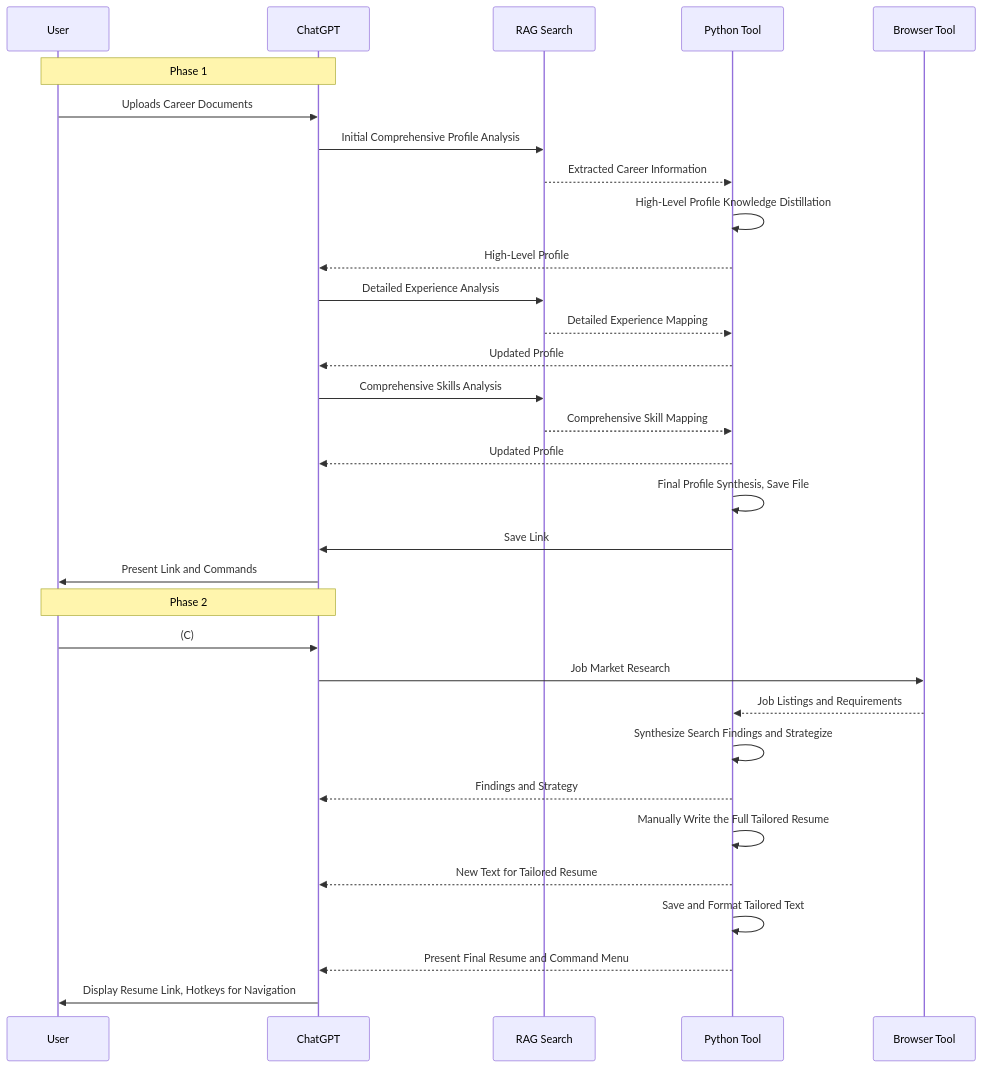
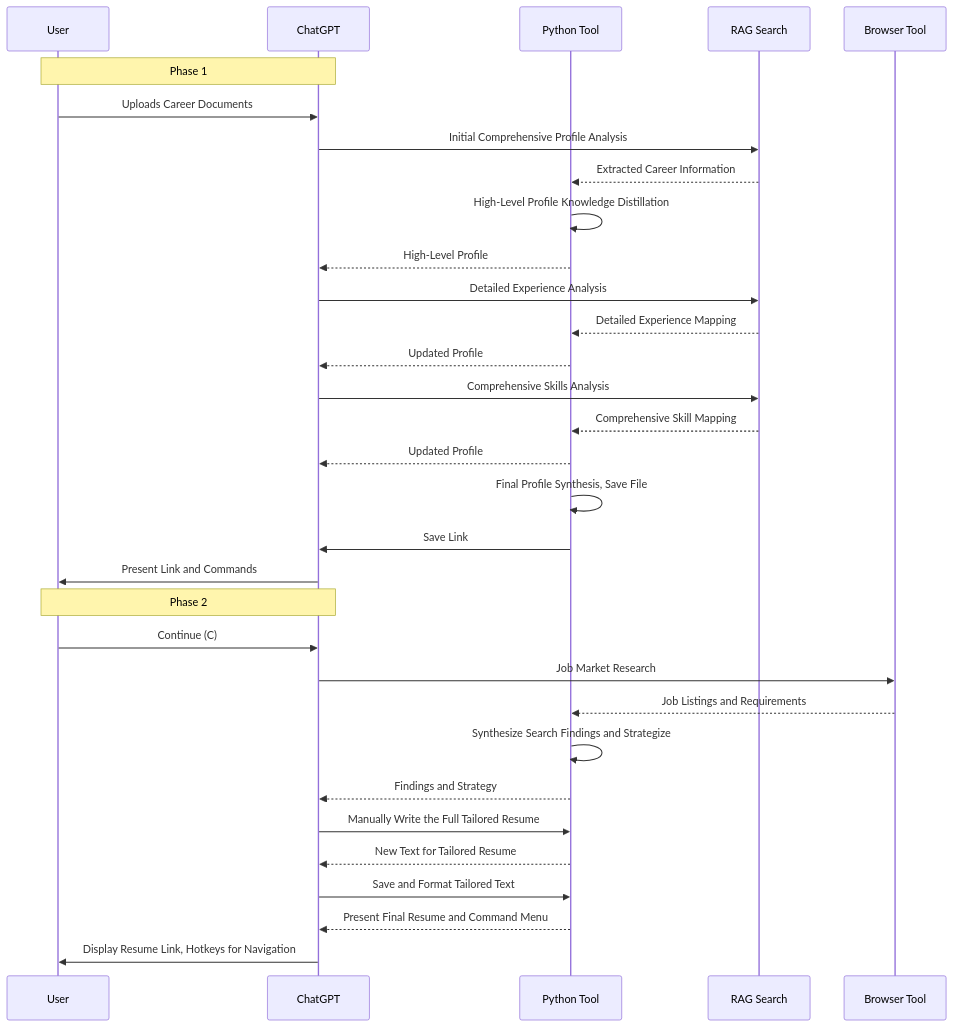
The third of 11 diagrams in README.md (nerority/Advanced-GPTs), drawn with Mermaid before and after one commit.

````diff
--- a/README.md
+++ b/README.md
@@ -187,36 +187,36 @@
 ```mermaid
 sequenceDiagram
     participant User
     participant ChatGPT
+    participant PythonTool as Python Tool
     participant RAG as RAG Search
-    participant PythonTool as Python Tool
     participant Browser as Browser Tool
 
     note over User, ChatGPT: Phase 1
     User->>ChatGPT: Uploads Career Documents
     ChatGPT->>RAG: Initial Comprehensive Profile Analysis
     RAG-->>PythonTool: Extracted Career Information
     PythonTool->>PythonTool: High-Level Profile Knowledge Distillation
     PythonTool-->>ChatGPT: High-Level Profile
     ChatGPT->>RAG: Detailed Experience Analysis
     RAG-->>PythonTool: Detailed Experience Mapping
     PythonTool-->>ChatGPT: Updated Profile
     ChatGPT->>RAG: Comprehensive Skills Analysis
     RAG-->>PythonTool: Comprehensive Skill Mapping
     PythonTool-->>ChatGPT: Updated Profile
     PythonTool->>PythonTool: Final Profile Synthesis, Save File
     PythonTool->>ChatGPT: Save Link
     ChatGPT->>User: Present Link and Commands
 
     note over User, ChatGPT: Phase 2
-    User->>ChatGPT: (C)
+    User->>ChatGPT: Continue (C)
     ChatGPT->>Browser: Job Market Research
     Browser-->>PythonTool: Job Listings and Requirements
     PythonTool->>PythonTool: Synthesize Search Findings and Strategize
     PythonTool-->>ChatGPT: Findings and Strategy
-    PythonTool->>PythonTool: Manually Write the Full Tailored Resume
+    ChatGPT->>PythonTool: Manually Write the Full Tailored Resume
     PythonTool-->>ChatGPT: New Text for Tailored Resume
-    PythonTool->>PythonTool: Save and Format Tailored Text
+    ChatGPT->>PythonTool: Save and Format Tailored Text
     PythonTool-->>ChatGPT: Present Final Resume and Command Menu
     ChatGPT->>User: Display Resume Link, Hotkeys for Navigation
 ```
````
